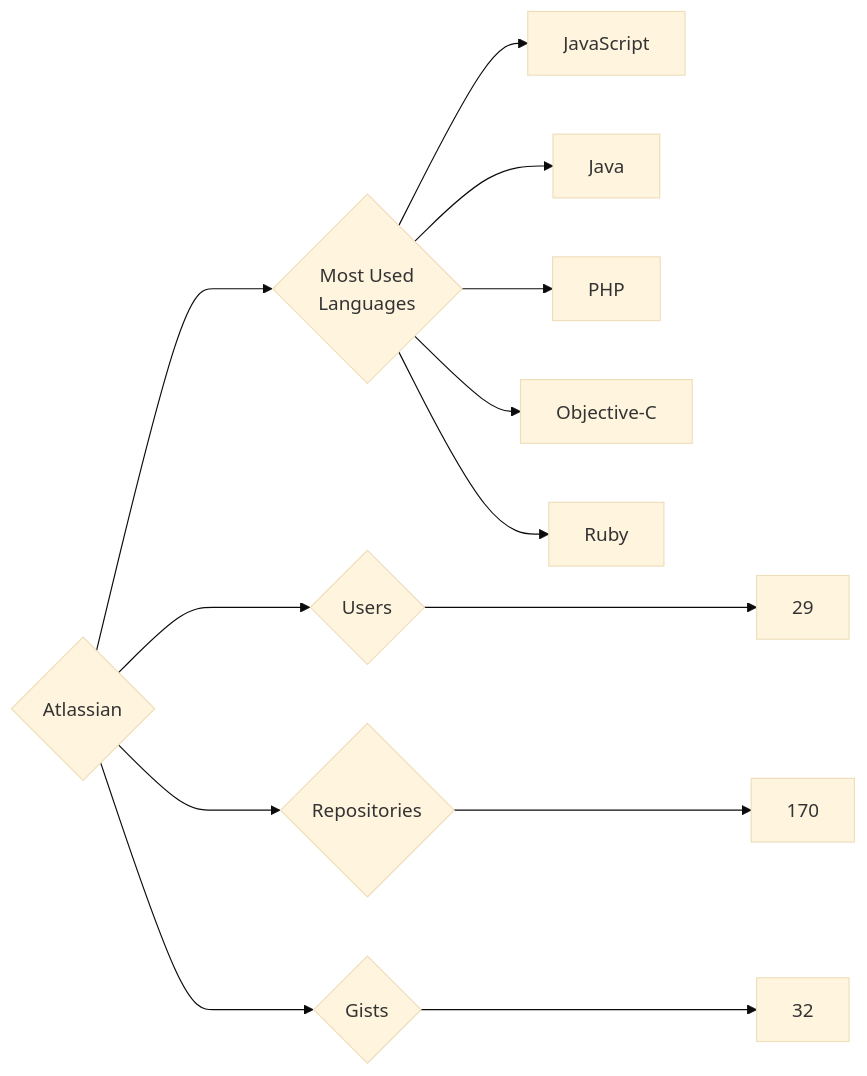
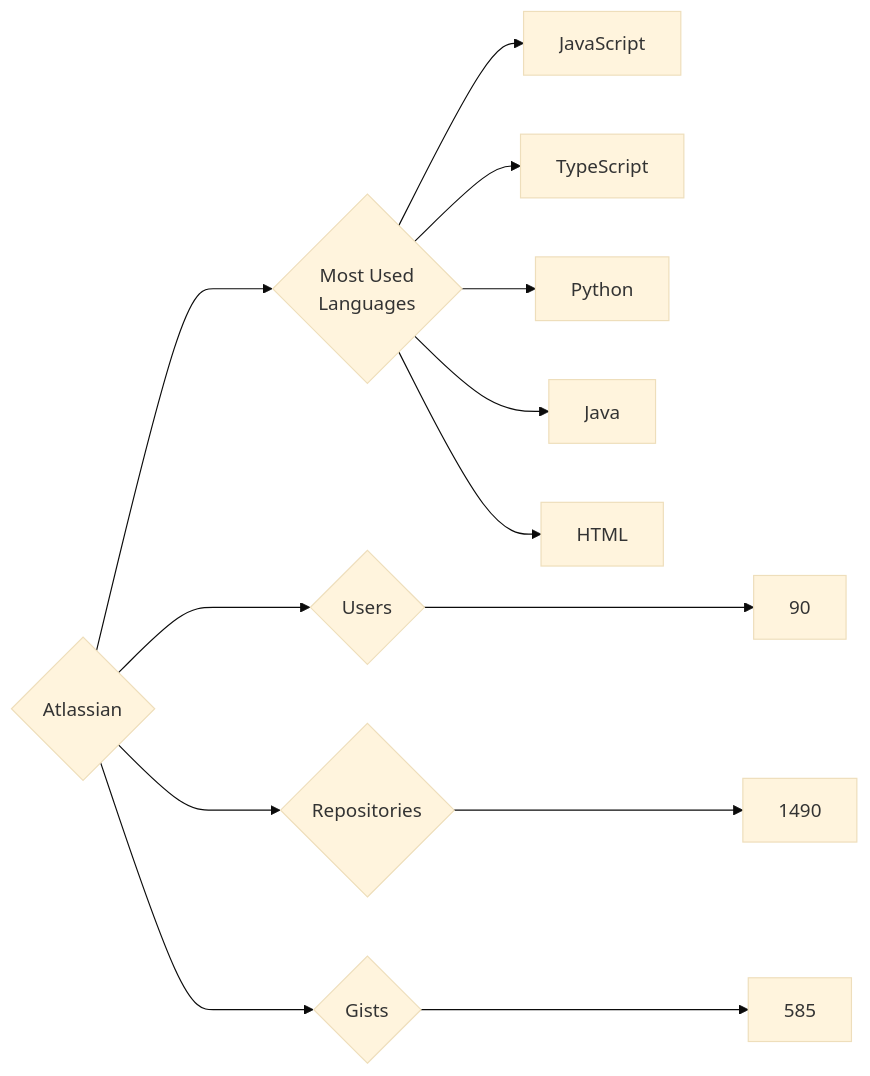
The diagram in targets/Atlassian/README.md (trickest/insiders), drawn with Mermaid (base theme) before and after one commit. The commit also changed 699 other files, not shown here.

````diff
--- a/targets/Atlassian/README.md
+++ b/targets/Atlassian/README.md
@@ -3,13 +3,13 @@
 ```mermaid
 graph LR
 COMPANY_NAME{Atlassian}
-COMPANY_NAME ---> U{Users} ---> UN[29]
-COMPANY_NAME ---> R{Repositories} ---> RN[170]
-COMPANY_NAME ---> G{Gists} ---> GN[32]
+COMPANY_NAME ---> U{Users} ---> UN[90]
+COMPANY_NAME ---> R{Repositories} ---> RN[1490]
+COMPANY_NAME ---> G{Gists} ---> GN[585]
 COMPANY_NAME ---> ML{Most Used<br>Languages}
 ML --> JavaScript[JavaScript]
+ML --> TypeScript[TypeScript]
+ML --> Python[Python]
 ML --> Java[Java]
-ML --> PHP[PHP]
-ML --> Objective-C[Objective-C]
-ML --> Ruby[Ruby]
+ML --> HTML[HTML]
 ```
````
